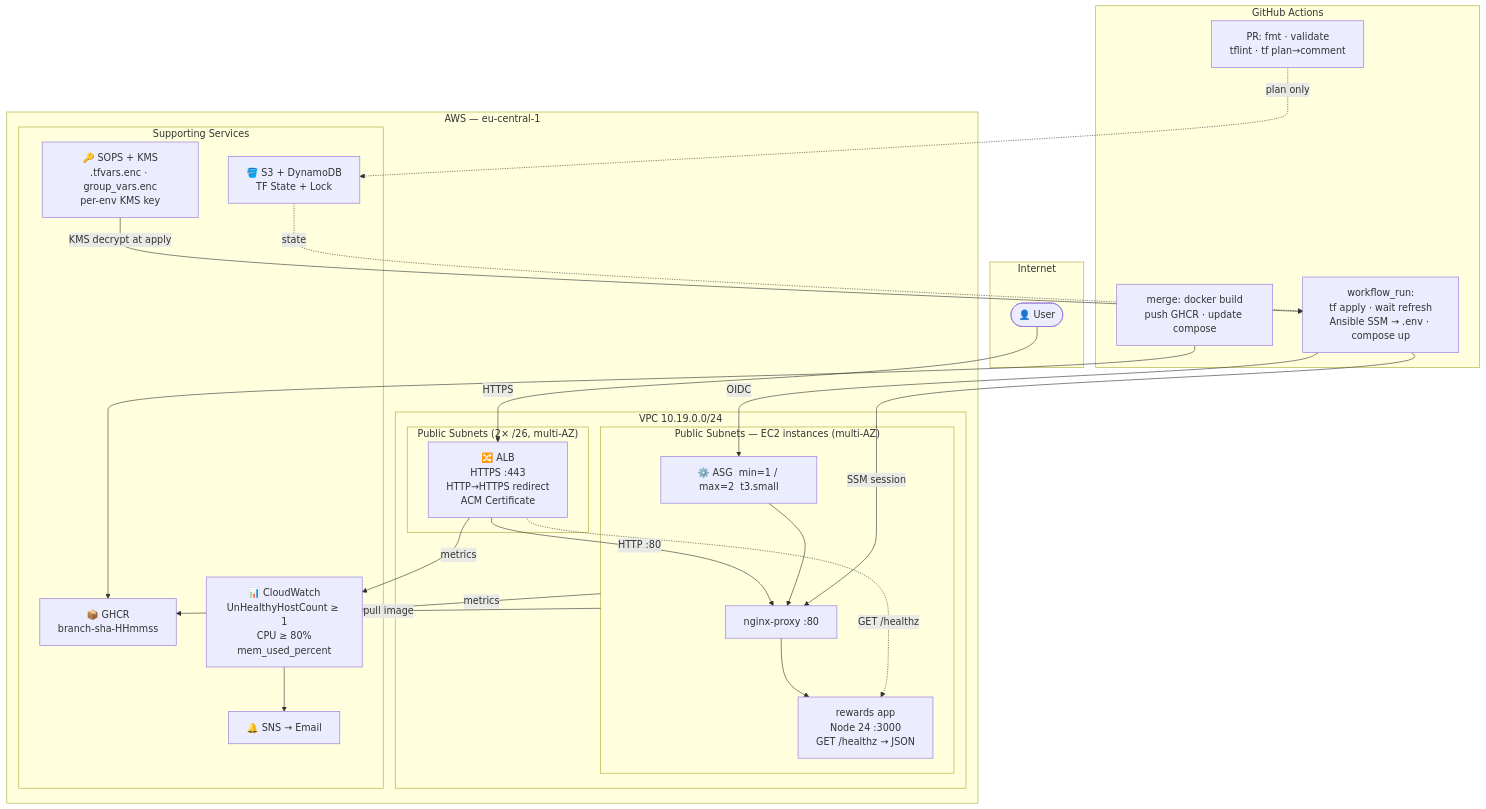
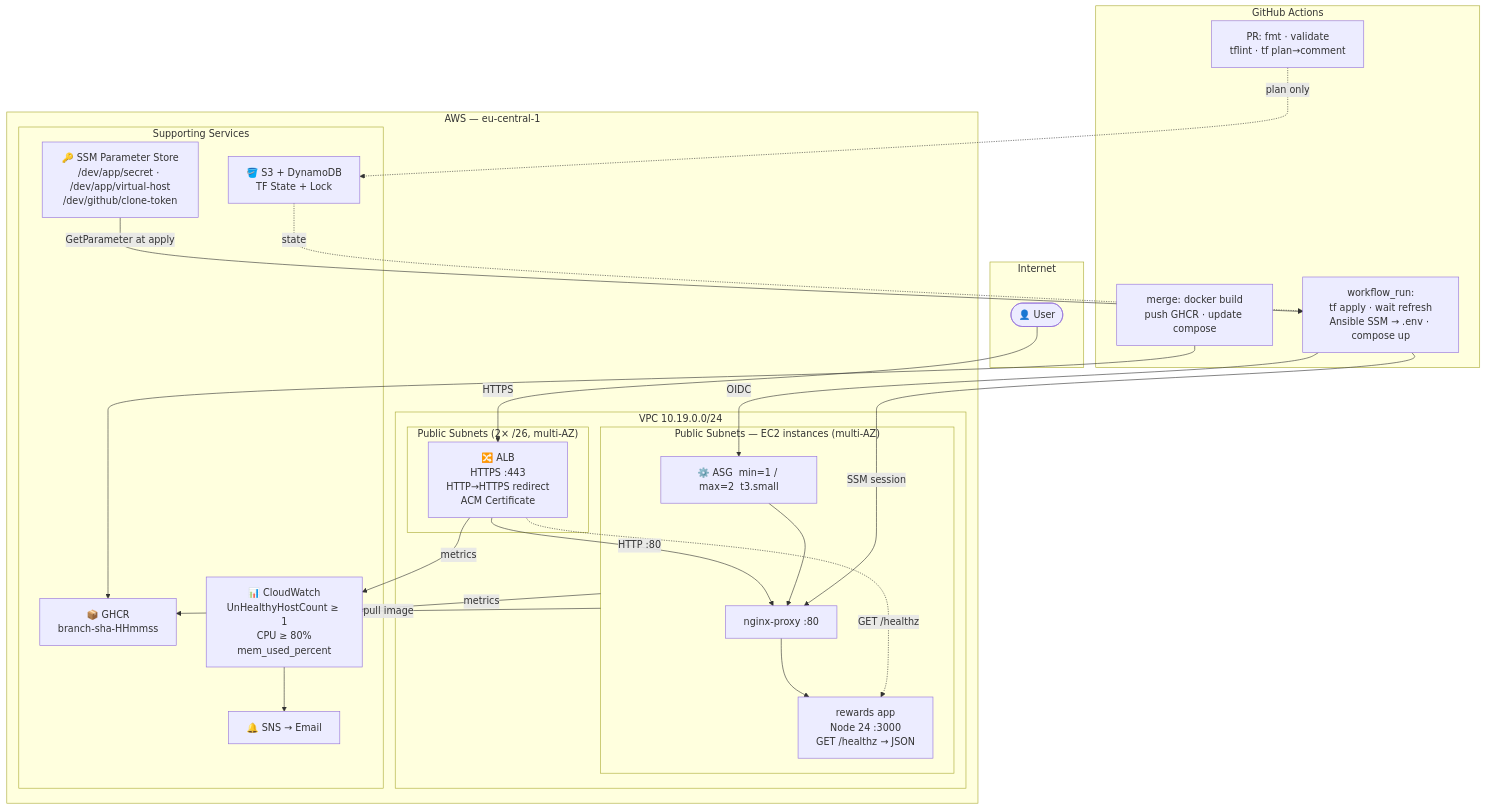
One commit to tafy2392/minimal-health-infra-ec2-app changed the diagram in SOLUTION.md. Above: the diagram before and after it, drawn with Mermaid. The commit also changed other lines of this file, not shown here.

````diff
--- a/SOLUTION.md
+++ b/SOLUTION.md
@@ -28,48 +30,48 @@
 ```mermaid
 graph TB
     subgraph Internet
         USER(["👤 User"])
     end
 
     subgraph AWS["AWS — eu-central-1"]
         subgraph VPC["VPC  10.19.0.0/24"]
             subgraph PUB["Public Subnets (2× /26, multi-AZ)"]
                 ALB["🔀 ALB\nHTTPS :443\nHTTP→HTTPS redirect\nACM Certificate"]
             end
             subgraph EC2Z["Public Subnets — EC2 instances (multi-AZ)"]
                 ASG["⚙️ ASG  min=1 / max=2  t3.small"]
                 NGINX["nginx-proxy :80"]
                 APP["rewards app\nNode 24 :3000\nGET /healthz → JSON"]
             end
         end
         subgraph OPS["Supporting Services"]
-            SOPS["🔑 SOPS + KMS\n.tfvars.enc · group_vars.enc\nper-env KMS key"]
+            SSM["🔑 SSM Parameter Store\n/dev/app/secret · /dev/app/virtual-host\n/dev/github/clone-token"]
             S3["🪣 S3 + DynamoDB\nTF State + Lock"]
             GHCR["📦 GHCR\nbranch-sha-HHmmss"]
             CW["📊 CloudWatch\nUnHealthyHostCount ≥ 1\nCPU ≥ 80%\nmem_used_percent"]
             SNS["🔔 SNS → Email"]
         end
     end
 
     subgraph CI["GitHub Actions"]
         PR["PR: fmt · validate\ntflint · tf plan→comment"]
         BUILD["merge: docker build\npush GHCR · update compose"]
         DEPLOY["workflow_run:\ntf apply · wait refresh\nAnsible SSM → .env · compose up"]
     end
 
     USER -->|HTTPS| ALB
     ALB -->|HTTP :80| NGINX
     NGINX --> APP
     ALB -.->|GET /healthz| APP
     ASG --> NGINX
     EC2Z -->|pull image| GHCR
     BUILD --> GHCR
     DEPLOY -->|OIDC| ASG
     DEPLOY -->|SSM session| NGINX
-    SOPS -->|KMS decrypt at apply| DEPLOY
+    SSM -->|GetParameter at apply| DEPLOY
     S3 -.->|state| DEPLOY
     PR -.->|plan only| S3
     CW --> SNS
     EC2Z -->|metrics| CW
     ALB -->|metrics| CW
 ```
````
